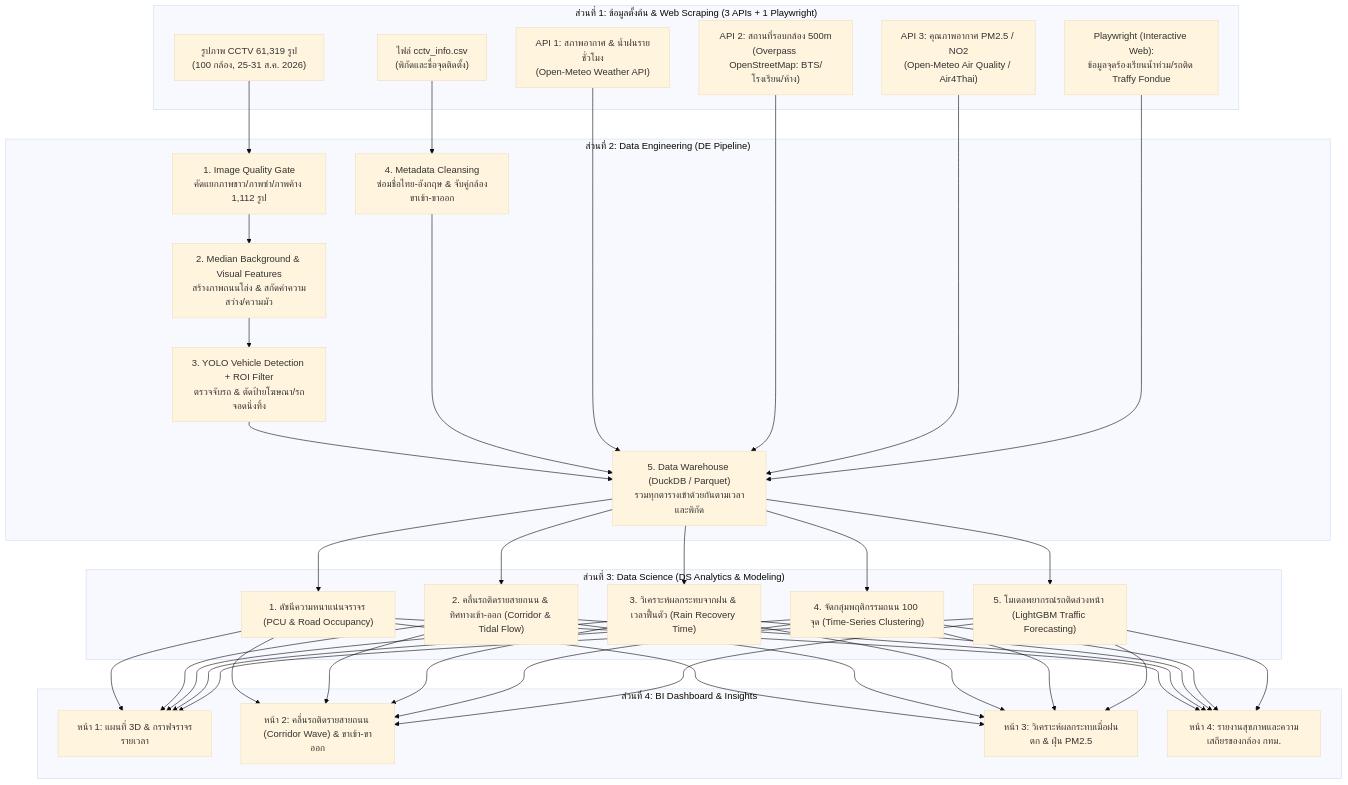
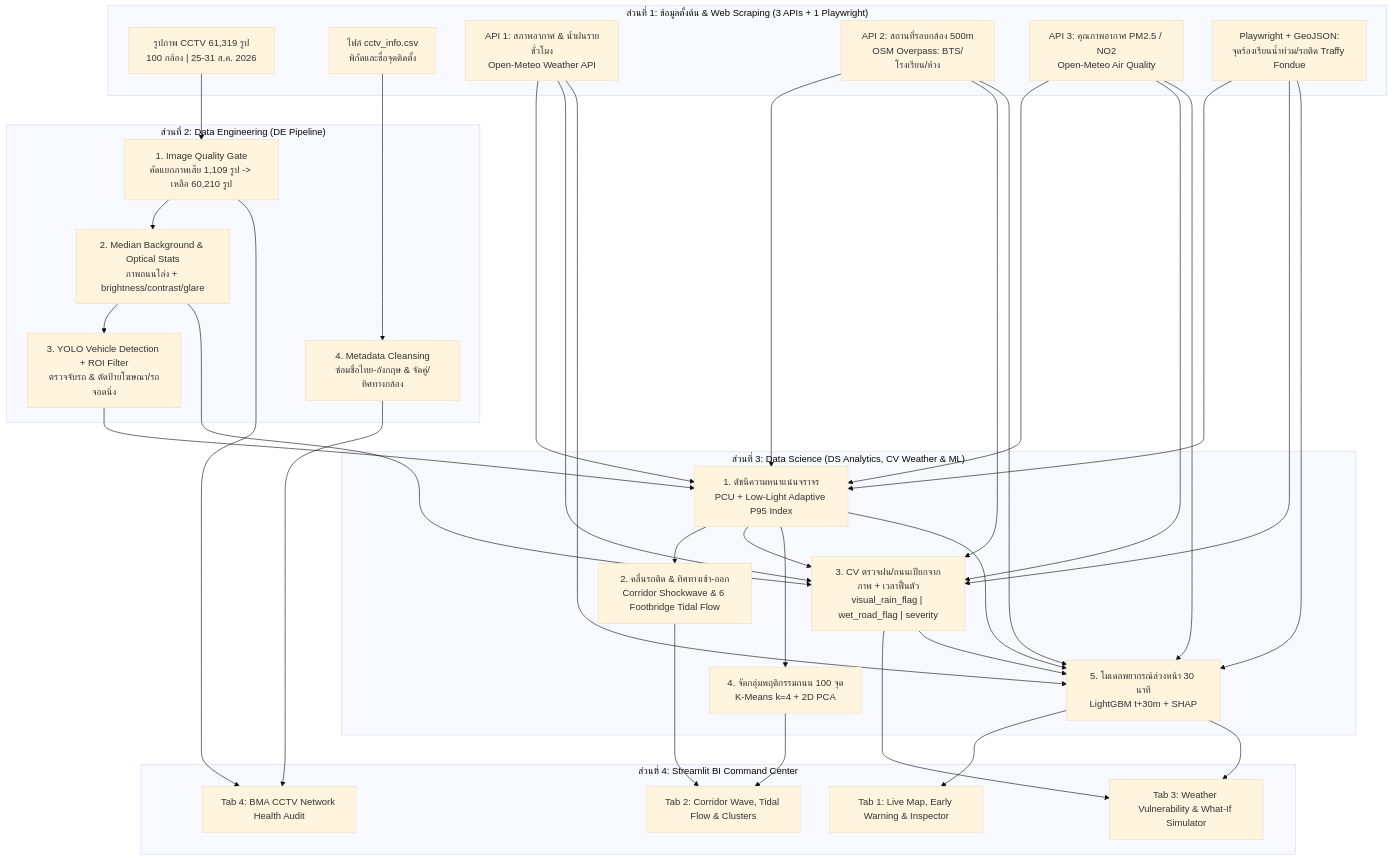
Before and after one commit to nontaphatfirm/BKK-Pulse: the diagram in Info/Project Ideas.md, drawn with Mermaid (base theme). The commit also changed other lines of this file and 17 other files, not shown here.

````diff
--- a/Info/Project Ideas.md
+++ b/Info/Project Ideas.md
@@ -43,40 +45,45 @@
 ```mermaid
 flowchart TD
     subgraph S1["ส่วนที่ 1: ข้อมูลตั้งต้น & Web Scraping (3 APIs + 1 Playwright)"]
-        A1["รูปภาพ CCTV 61,319 รูป<br/>(100 กล้อง, 25-31 ส.ค. 2026)"]
-        A2["ไฟล์ cctv_info.csv<br/>(พิกัดและชื่อจุดติดตั้ง)"]
-        W1["API 1: สภาพอากาศ & น้ำฝนรายชั่วโมง<br/>(Open-Meteo Weather API)"]
-        W2["API 2: สถานที่รอบกล้อง 500m<br/>(Overpass OpenStreetMap: BTS/โรงเรียน/ห้าง)"]
-        W3["API 3: คุณภาพอากาศ PM2.5 / NO2<br/>(Open-Meteo Air Quality / Air4Thai)"]
-        W4["Playwright (Interactive Web):<br/>ข้อมูลจุดร้องเรียนน้ำท่วม/รถติด Traffy Fondue"]
+        A1["รูปภาพ CCTV 61,319 รูป<br/>100 กล้อง | 25-31 ส.ค. 2026"]
+        A2["ไฟล์ cctv_info.csv<br/>พิกัดและชื่อจุดติดตั้ง"]
+        W1["API 1: สภาพอากาศ & น้ำฝนรายชั่วโมง<br/>Open-Meteo Weather API"]
+        W2["API 2: สถานที่รอบกล้อง 500m<br/>OSM Overpass: BTS/โรงเรียน/ห้าง"]
+        W3["API 3: คุณภาพอากาศ PM2.5 / NO2<br/>Open-Meteo Air Quality"]
+        W4["Playwright + GeoJSON:<br/>จุดร้องเรียนน้ำท่วม/รถติด Traffy Fondue"]
     end
 
     subgraph S2["ส่วนที่ 2: Data Engineering (DE Pipeline)"]
-        D1["1. Image Quality Gate<br/>คัดแยกภาพขาว/ภาพซ่า/ภาพค้าง 1,112 รูป"]
-        D2["2. Median Background & Visual Features<br/>สร้างภาพถนนโล่ง & สกัดค่าความสว่าง/ความมัว"]
-        D3["3. YOLO Vehicle Detection + ROI Filter<br/>ตรวจจับรถ & ตัดป้ายโฆษณา/รถจอดนิ่งทิ้ง"]
-        D4["4. Metadata Cleansing<br/>ซ่อมชื่อไทย-อังกฤษ & จับคู่กล้องขาเข้า-ขาออก"]
-        D5["5. Data Warehouse (DuckDB / Parquet)<br/>รวมทุกตารางเข้าด้วยกันตามเวลาและพิกัด"]
+        D1["1. Image Quality Gate<br/>คัดแยกภาพเสีย 1,109 รูป -> เหลือ 60,210 รูป"]
+        D2["2. Median Background & Optical Stats<br/>ภาพถนนโล่ง + brightness/contrast/glare"]
+        D3["3. YOLO Vehicle Detection + ROI Filter<br/>ตรวจจับรถ & ตัดป้ายโฆษณา/รถจอดนิ่ง"]
+        D4["4. Metadata Cleansing<br/>ซ่อมชื่อไทย-อังกฤษ & จัดคู่/ทิศทางกล้อง"]
     end
 
-    subgraph S3["ส่วนที่ 3: Data Science (DS Analytics & Modeling)"]
-        M1["1. ดัชนีความหนาแน่นจราจร (PCU & Road Occupancy)"]
-        M2["2. คลื่นรถติดรายสายถนน & ทิศทางเข้า-ออก (Corridor & Tidal Flow)"]
-        M3["3. วิเคราะห์ผลกระทบจากฝน & เวลาฟื้นตัว (Rain Recovery Time)"]
-        M4["4. จัดกลุ่มพฤติกรรมถนน 100 จุด (Time-Series Clustering)"]
-        M5["5. โมเดลพยากรณ์รถติดล่วงหน้า (LightGBM Traffic Forecasting)"]
+    subgraph S3["ส่วนที่ 3: Data Science (DS Analytics, CV Weather & ML)"]
+        M1["1. ดัชนีความหนาแน่นจราจร<br/>PCU + Low-Light Adaptive P95 Index"]
+        M2["2. คลื่นรถติด & ทิศทางเข้า-ออก<br/>Corridor Shockwave & 6 Footbridge Tidal Flow"]
+        M3["3. CV ตรวจฝน/ถนนเปียกจากภาพ + เวลาฟื้นตัว<br/>visual_rain_flag | wet_road_flag | severity"]
+        M4["4. จัดกลุ่มพฤติกรรมถนน 100 จุด<br/>K-Means k=4 + 2D PCA"]
+        M5["5. โมเดลพยากรณ์ล่วงหน้า 30 นาที<br/>LightGBM t+30m + SHAP"]
     end
 
-    subgraph S4["ส่วนที่ 4: BI Dashboard & Insights"]
-        B1["หน้า 1: แผนที่ 3D & กราฟจราจรรายเวลา"]
-        B2["หน้า 2: คลื่นรถติดรายสายถนน (Corridor Wave) & ขาเข้า-ขาออก"]
-        B3["หน้า 3: วิเคราะห์ผลกระทบเมื่อฝนตก & ฝุ่น PM2.5"]
-        B4["หน้า 4: รายงานสุขภาพและความเสถียรของกล้อง กทม."]
+    subgraph S4["ส่วนที่ 4: Streamlit BI Command Center"]
+        B1["Tab 1: Live Map, Early Warning & Inspector"]
+        B2["Tab 2: Corridor Wave, Tidal Flow & Clusters"]
+        B3["Tab 3: Weather Vulnerability & What-If Simulator"]
+        B4["Tab 4: BMA CCTV Network Health Audit"]
     end
 
-    A1 --> D1 --> D2 --> D3 --> D5
-    A2 --> D4 --> D5
-    W1 & W2 & W3 & W4 --> D5
-    D5 --> M1 & M2 & M3 & M4 & M5
-    M1 & M2 & M3 & M4 & M5 --> B1 & B2 & B3 & B4
+    A1 --> D1 --> D2 --> D3
+    A2 --> D4
+    D1 --> B4
+    D4 --> B4
+    D3 --> M1
+    D2 --> M3
+    W1 & W2 & W3 & W4 --> M1 & M3 & M5
+    M1 --> M2 --> B2
+    M1 --> M3 --> B3
+    M1 --> M4 --> B2
+    M1 & M3 --> M5 --> B1 & B3
 ```
````
